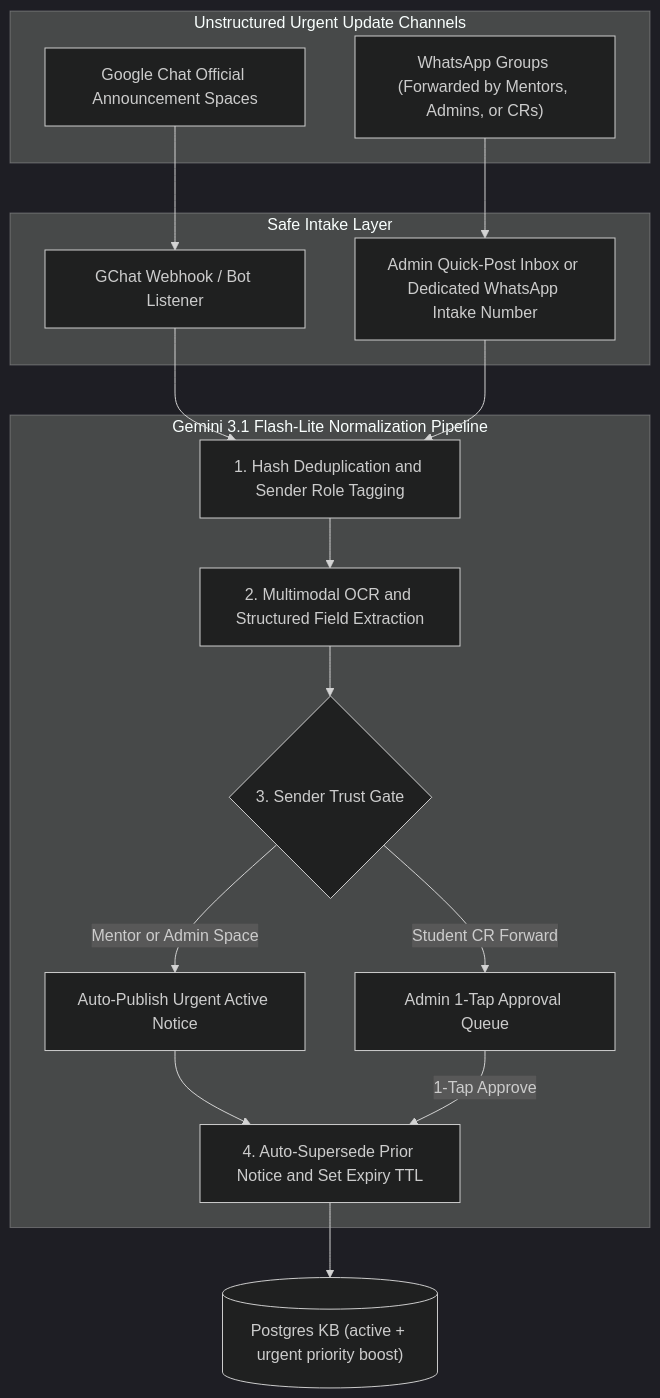
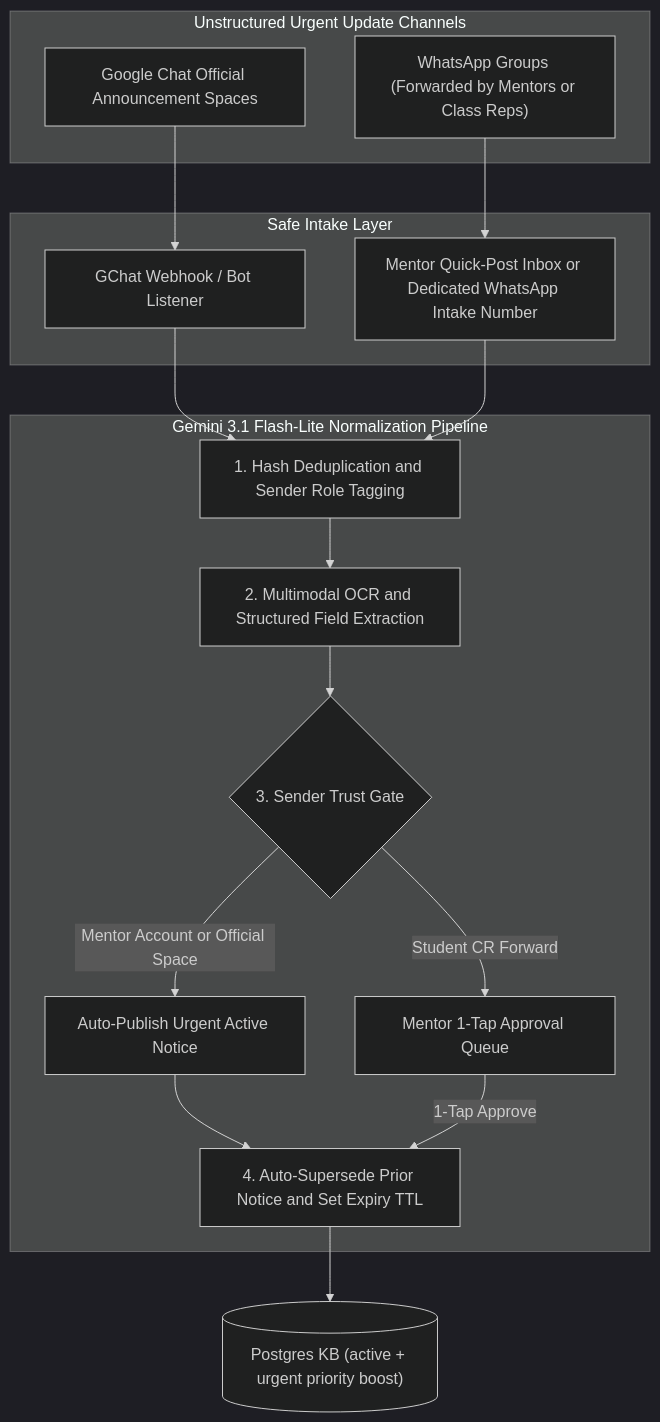
Before and after one commit to swarit-soni/infochat: the first of 2 diagrams in docs/DATA_SOURCES.md, drawn with Mermaid (dark theme). The commit also changed other lines of this file and 17 other files, not shown here.

Commit message:
feat(auth): split student and mentor login and replace admin role with mentor portal

````diff
--- a/docs/DATA_SOURCES.md
+++ b/docs/DATA_SOURCES.md
@@ -115,30 +118,30 @@
 ```mermaid
 flowchart TD
     subgraph Channels["Unstructured Urgent Update Channels"]
         GC["Google Chat Official Announcement Spaces"]
-        WA["WhatsApp Groups (Forwarded by Mentors, Admins, or CRs)"]
+        WA["WhatsApp Groups (Forwarded by Mentors or Class Reps)"]
     end
 
     subgraph Intake["Safe Intake Layer"]
         GCBOT["GChat Webhook / Bot Listener"]
-        WAIN["Admin Quick-Post Inbox or Dedicated WhatsApp Intake Number"]
+        WAIN["Mentor Quick-Post Inbox or Dedicated WhatsApp Intake Number"]
     end
 
     subgraph Pipeline["Gemini 3.1 Flash-Lite Normalization Pipeline"]
         DEDUPE["1. Hash Deduplication and Sender Role Tagging"]
         PARSE["2. Multimodal OCR and Structured Field Extraction"]
         TRUST{"3. Sender Trust Gate"}
         AUTO["Auto-Publish Urgent Active Notice"]
-        QUEUE["Admin 1-Tap Approval Queue"]
+        QUEUE["Mentor 1-Tap Approval Queue"]
         TTL["4. Auto-Supersede Prior Notice and Set Expiry TTL"]
     end
 
     KB[("Postgres KB (active + urgent priority boost)")]
 
     GC --> GCBOT --> DEDUPE
     WA --> WAIN --> DEDUPE
     DEDUPE --> PARSE --> TRUST
-    TRUST -->|"Mentor or Admin Space"| AUTO --> TTL
+    TRUST -->|"Mentor Account or Official Space"| AUTO --> TTL
     TRUST -->|"Student CR Forward"| QUEUE -->|"1-Tap Approve"| TTL
     TTL --> KB
 ```
````
